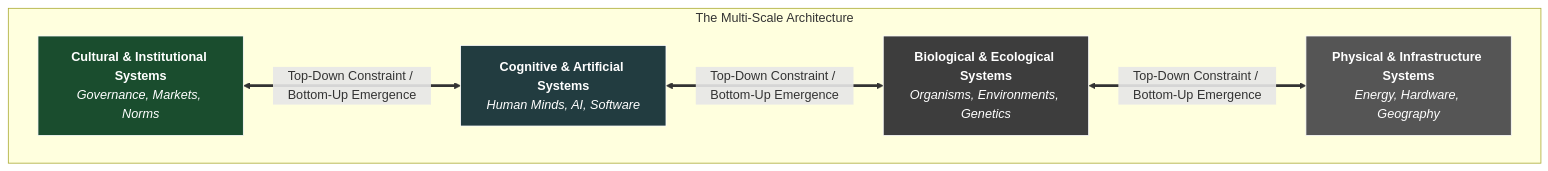
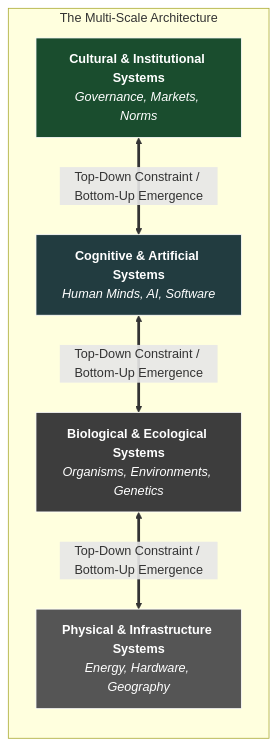
One commit to Shelbournator/thoughts changed the diagram in _posts/2026-03-14-the-architecture-of-systems.md. Above: the diagram before and after it, drawn with Mermaid.

````diff
--- a/_posts/2026-03-14-the-architecture-of-systems.md
+++ b/_posts/2026-03-14-the-architecture-of-systems.md
@@ -250,18 +250,20 @@
 ```mermaid
-graph TD
+flowchart TB
     subgraph "The Multi-Scale Architecture"
+        direction TB
+
         L1["<b>Cultural & Institutional Systems</b><br><i>Governance, Markets, Norms</i>"]
         L2["<b>Cognitive & Artificial Systems</b><br><i>Human Minds, AI, Software</i>"]
         L3["<b>Biological & Ecological Systems</b><br><i>Organisms, Environments, Genetics</i>"]
         L4["<b>Physical & Infrastructure Systems</b><br><i>Energy, Hardware, Geography</i>"]
     end
 
     L1 <==>|Top-Down Constraint / Bottom-Up Emergence| L2
     L2 <==>|Top-Down Constraint / Bottom-Up Emergence| L3
     L3 <==>|Top-Down Constraint / Bottom-Up Emergence| L4
 
     style L1 fill:#1a4d2e,stroke:#fff,color:#fff
     style L2 fill:#223c40,stroke:#fff,color:#fff
     style L3 fill:#3d3d3d,stroke:#fff,color:#fff
     style L4 fill:#555555,stroke:#fff,color:#fff
 ```
````
